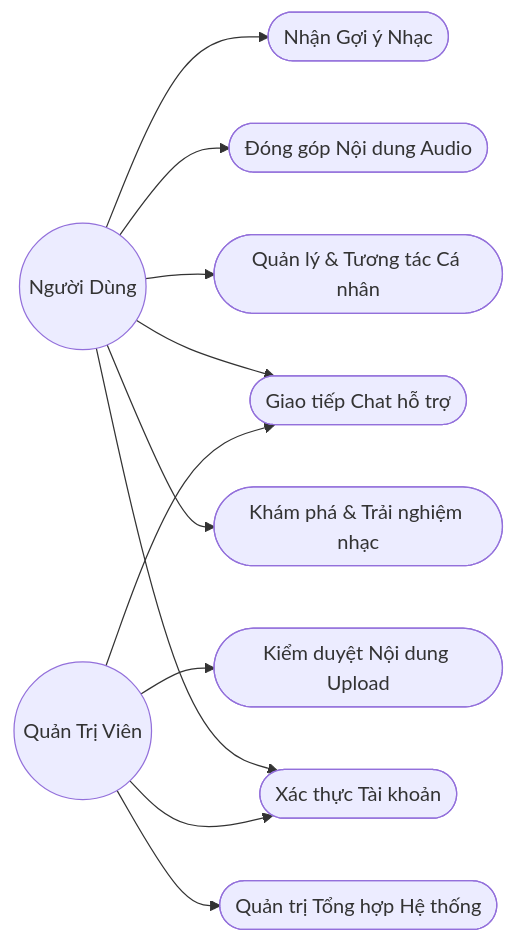
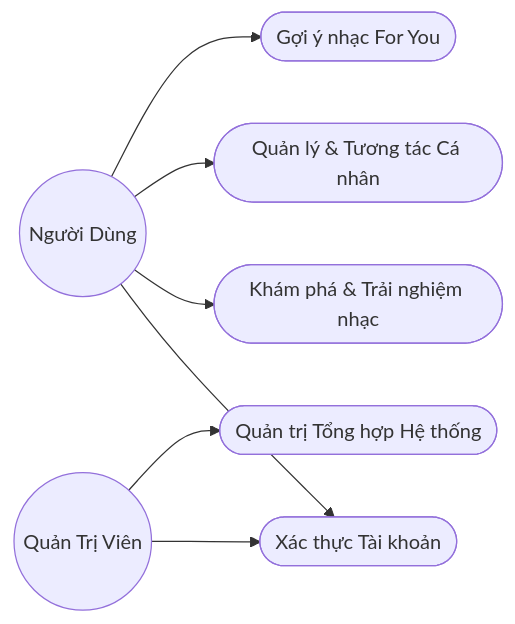
Before and after one commit to NguyenThaiVinh0494/DACNPM_OnlineMusicStreamingWebsite: the third of 5 diagrams in Tài Liệu/SRS.md, drawn with Mermaid. The commit also changed other lines of this file and 61 other files, not shown here.

````diff
--- a/Tài Liệu/SRS.md
+++ b/Tài Liệu/SRS.md
@@ -507,20 +504,15 @@
 ```mermaid
 graph LR
     %% Định nghĩa các Actor
     User((Người Dùng))
     Admin((Quản Trị Viên))
 
     %% Người Dùng
     User --> UC1([Xác thực Tài khoản])
     User --> UC2([Khám phá & Trải nghiệm nhạc])
     User --> UC3([Quản lý & Tương tác Cá nhân])
-    User --> UC4([Đóng góp Nội dung Audio])
-    User --> UC7([Giao tiếp Chat hỗ trợ])
-    User --> UC8([Nhận Gợi ý Nhạc])
-
+    User --> UC8([Gợi ý nhạc For You])
     %% Quản Trị Viên
     Admin --> UC1
     Admin --> UC5([Quản trị Tổng hợp Hệ thống])
-    Admin --> UC6([Kiểm duyệt Nội dung Upload])
-    Admin --> UC7
 ```
````
